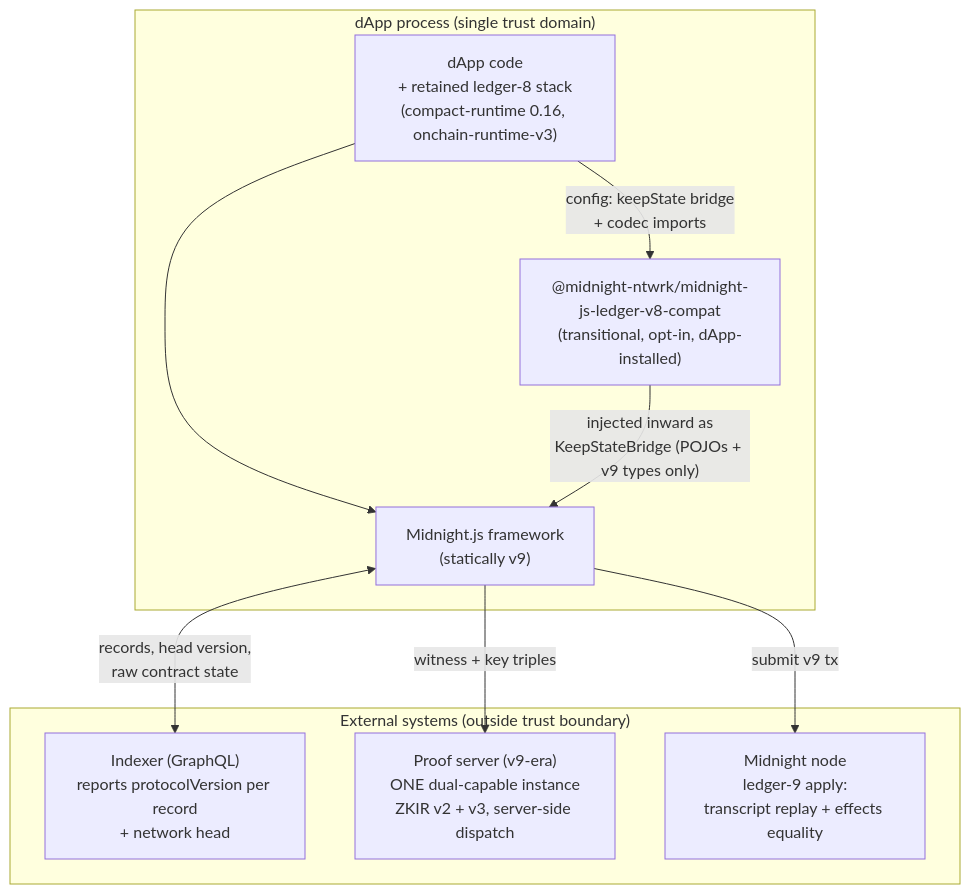
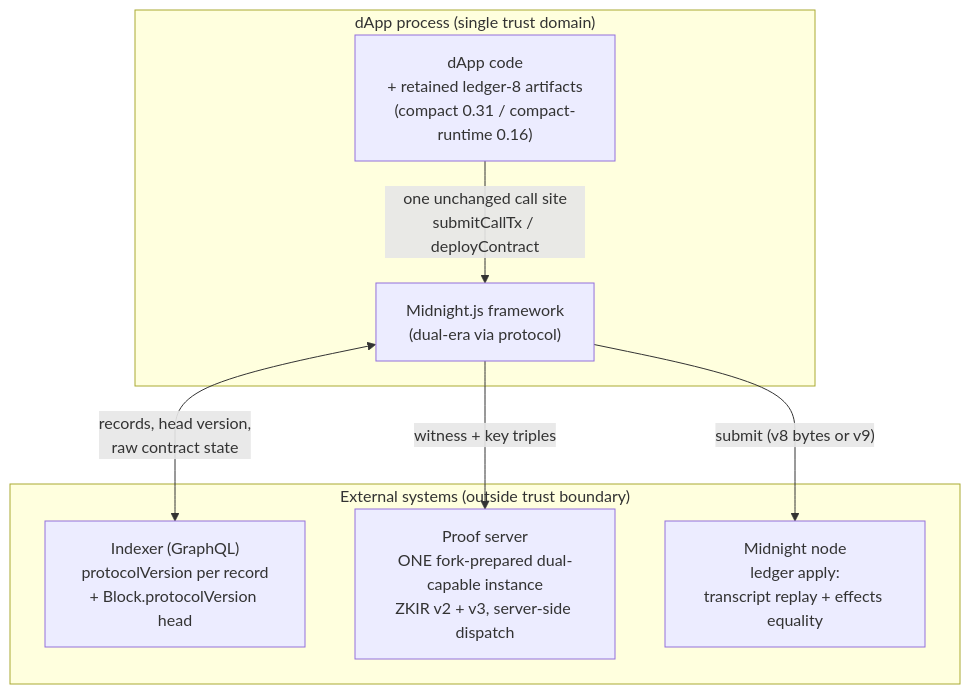
One commit to midnightntwrk/midnight-js changed the first of 10 diagrams in docs/architecture/2026-08-05-ledger-v8-v9-dual-support-architecture.md. Above: the diagram before and after it, drawn with Mermaid. The commit also changed other lines of this file and 3 other files, not shown here.

First line of the commit message:
docs: reconcile HF spec and plans against the merged dual-ledger stack

````diff
--- a/docs/architecture/2026-08-05-ledger-v8-v9-dual-support-architecture.md
+++ b/docs/architecture/2026-08-05-ledger-v8-v9-dual-support-architecture.md
@@ -50,21 +46,18 @@
 ```mermaid
 flowchart TB
     subgraph external["External systems (outside trust boundary)"]
-        indexer["Indexer (GraphQL)<br/>reports protocolVersion per record<br/>+ network head"]
-        proofserver["Proof server (v9-era)<br/>ONE dual-capable instance<br/>ZKIR v2 + v3, server-side dispatch"]
-        node["Midnight node<br/>ledger-9 apply:<br/>transcript replay + effects equality"]
+        indexer["Indexer (GraphQL)<br/>protocolVersion per record<br/>+ Block.protocolVersion head"]
+        proofserver["Proof server<br/>ONE fork-prepared dual-capable instance<br/>ZKIR v2 + v3, server-side dispatch"]
+        node["Midnight node<br/>ledger apply:<br/>transcript replay + effects equality"]
     end
 
     subgraph dapp["dApp process (single trust domain)"]
-        app["dApp code<br/>+ retained ledger-8 stack<br/>(compact-runtime 0.16, onchain-runtime-v3)"]
-        mjs["Midnight.js framework<br/>(statically v9)"]
-        compat["@midnight-ntwrk/midnight-js-ledger-v8-compat<br/>(transitional, opt-in, dApp-installed)"]
+        app["dApp code<br/>+ retained ledger-8 artifacts<br/>(compact 0.31 / compact-runtime 0.16)"]
+        mjs["Midnight.js framework<br/>(dual-era via protocol)"]
     end
 
-    app -->|"config: keepState bridge<br/>+ codec imports"| compat
-    app --> mjs
-    compat -->|"injected inward as<br/>KeepStateBridge (POJOs + v9 types only)"| mjs
+    app -->|"one unchanged call site<br/>submitCallTx / deployContract"| mjs
     mjs <-->|"records, head version,<br/>raw contract state"| indexer
     mjs -->|"witness + key triples"| proofserver
-    mjs -->|submit v9 tx| node
+    mjs -->|"submit (v8 bytes or v9)"| node
 ```
````
